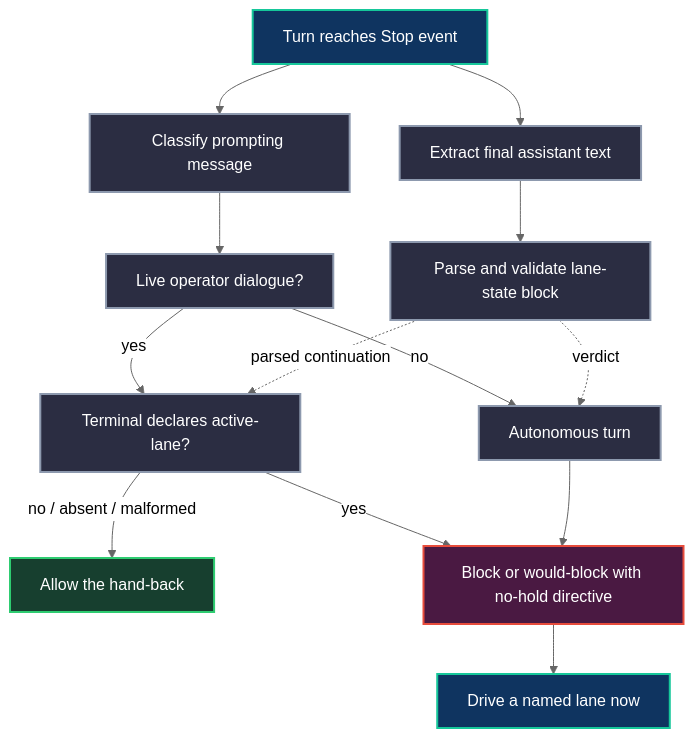
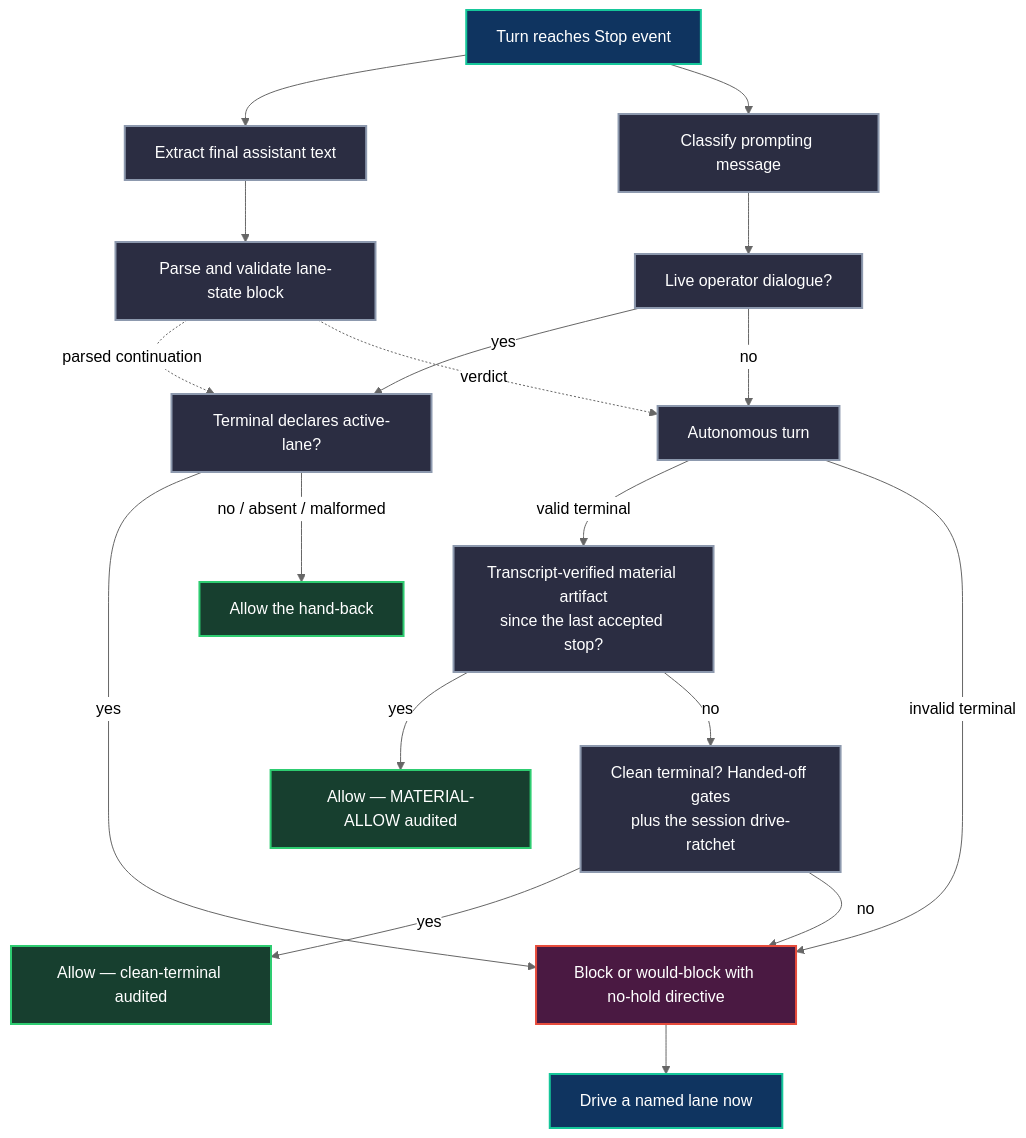
Before and after one commit to neomjs/neo: the diagram in learn/agentos/Hooks.md, drawn with Mermaid (neutral theme). The commit also changed other lines of this file, not shown here.

Commit message:
docs(hooks): the two-key autonomous stop contract at the composed head (#15404)

````diff
--- a/learn/agentos/Hooks.md
+++ b/learn/agentos/Hooks.md
@@ -49,31 +49,40 @@
 ```mermaid
 flowchart TD
     classDef event fill:#0f3460,stroke:#16c79a,stroke-width:2px,color:#fff
     classDef evidence fill:#2b2d42,stroke:#8d99ae,stroke-width:2px,color:#fff
     classDef allow fill:#173f2f,stroke:#2ecc71,stroke-width:2px,color:#fff
     classDef block fill:#4a1942,stroke:#e74c3c,stroke-width:2px,color:#fff
 
     Stop["Turn reaches Stop event"]:::event
     Text["Extract final assistant text"]:::evidence
     Prompt["Classify prompting message"]:::evidence
     Lane["Parse and validate lane-state block"]:::evidence
     Operator["Live operator dialogue?"]:::evidence
     Active["Terminal declares active-lane?"]:::evidence
     Allow["Allow the hand-back"]:::allow
     Autonomous["Autonomous turn"]:::evidence
+    Material["Transcript-verified material artifact<br/>since the last accepted stop?"]:::evidence
+    MaterialAllow["Allow — MATERIAL-ALLOW audited"]:::allow
+    Clean["Clean terminal? Handed-off gates<br/>plus the session drive-ratchet"]:::evidence
+    CleanAllow["Allow — clean-terminal audited"]:::allow
     Reflect["Block or would-block with no-hold directive"]:::block
     Drive["Drive a named lane now"]:::event
 
     Stop --> Text
     Stop --> Prompt
     Text --> Lane
     Prompt --> Operator
     Operator -->|"yes"| Active
     Operator -->|"no"| Autonomous
     Lane -. "parsed continuation" .-> Active
     Active -->|"yes"| Reflect
     Active -->|"no / absent / malformed"| Allow
     Lane -. "verdict" .-> Autonomous
-    Autonomous --> Reflect
+    Autonomous -->|"valid terminal"| Material
+    Autonomous -->|"invalid terminal"| Reflect
+    Material -->|"yes"| MaterialAllow
+    Material -->|"no"| Clean
+    Clean -->|"yes"| CleanAllow
+    Clean -->|"no"| Reflect
     Reflect --> Drive
 ```
````
